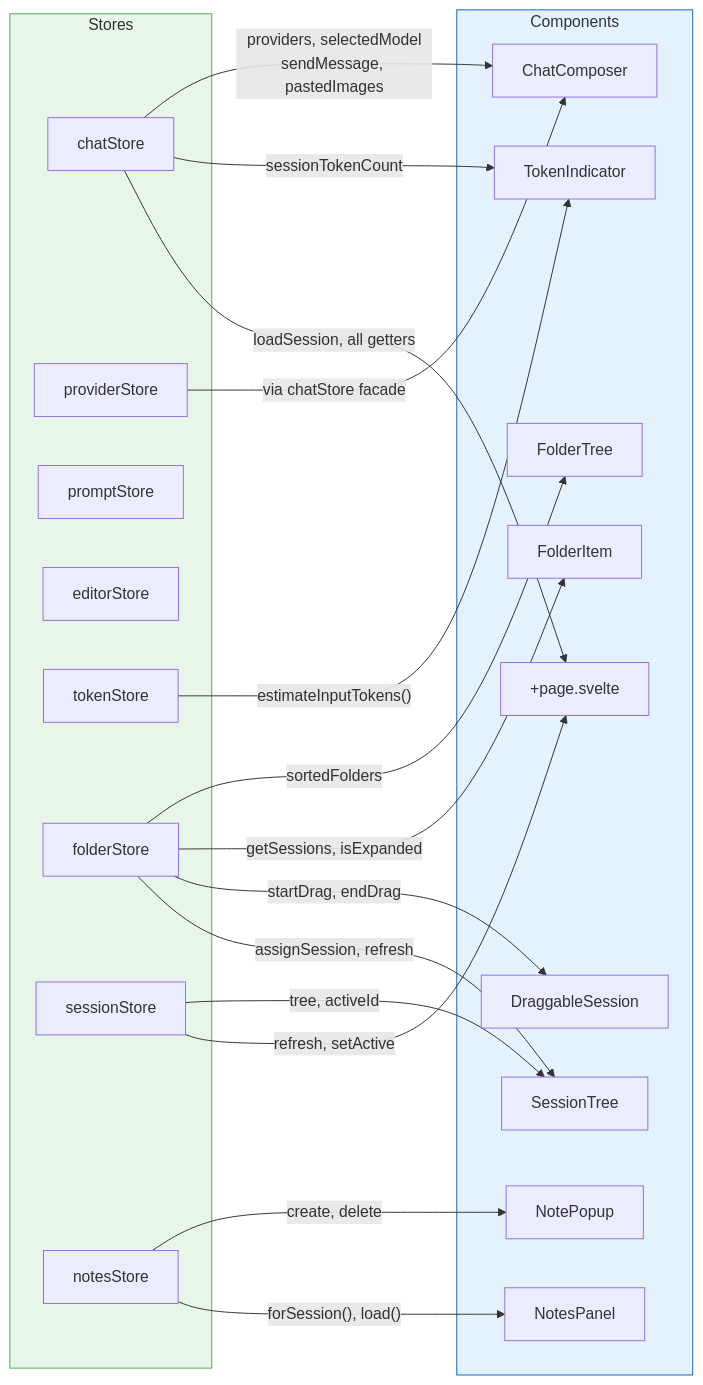
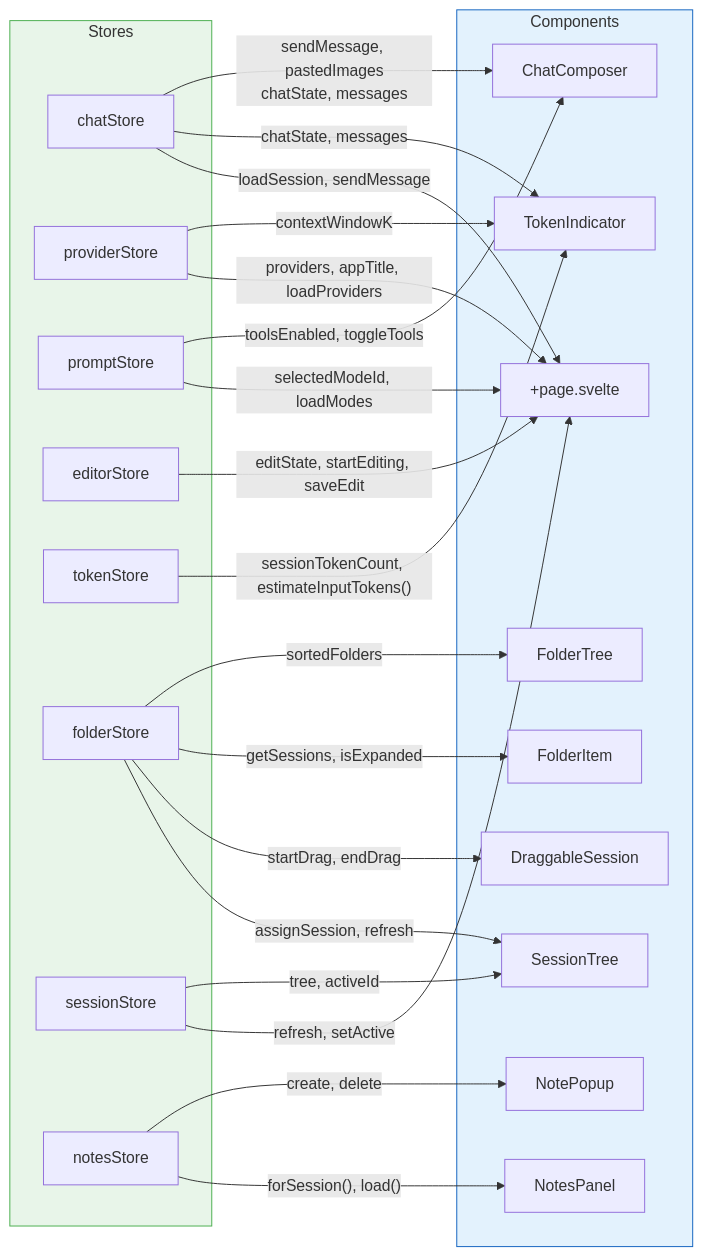
The third of 12 diagrams in kitchen-agent/docs/specs/frontend-diagrams.md (m1981/kuchnie), drawn with Mermaid before and after one commit. The commit also changed other lines of this file and 1 other file, not shown here.

First line of the commit message:
docs: mark Phase 2 complete in refactor plan and diagrams

````diff
--- a/kitchen-agent/docs/specs/frontend-diagrams.md
+++ b/kitchen-agent/docs/specs/frontend-diagrams.md
@@ -159,46 +159,49 @@
 ```mermaid
 graph LR
     subgraph Stores["Stores"]
         CS["chatStore"]
         PS["providerStore"]
         PR["promptStore"]
         ES["editorStore"]
         TS["tokenStore"]
         FS["folderStore"]
         SS["sessionStore"]
         NS["notesStore"]
     end
 
     subgraph Components["Components"]
         CP["ChatComposer"]
         TI["TokenIndicator"]
         ST["SessionTree"]
         FT["FolderTree"]
         FI["FolderItem"]
         DS["DraggableSession"]
         NP["NotePopup"]
         NPL["NotesPanel"]
         PG["+page.svelte"]
     end
 
-    CS -->|"providers, selectedModel<br/>sendMessage, pastedImages"| CP
-    CS -->|"sessionTokenCount"| TI
-    TS -->|"estimateInputTokens()"| TI
-
-    PS -->|"via chatStore facade"| CP
+    CS -->|"sendMessage, pastedImages<br/>chatState, messages"| CP
+    PR -->|"toolsEnabled, toggleTools"| CP
+    CS -->|"chatState, messages"| TI
+    TS -->|"sessionTokenCount, estimateInputTokens()"| TI
+    PS -->|"contextWindowK"| TI
 
     SS -->|"tree, activeId"| ST
     FS -->|"sortedFolders"| FT
     FS -->|"getSessions, isExpanded"| FI
     FS -->|"startDrag, endDrag"| DS
     FS -->|"assignSession, refresh"| ST
 
     NS -->|"create, delete"| NP
     NS -->|"forSession(), load()"| NPL
 
-    CS -->|"loadSession, all getters"| PG
+    CS -->|"loadSession, sendMessage"| PG
+    PS -->|"providers, appTitle, loadProviders"| PG
+    PR -->|"selectedModeId, loadModes"| PG
+    ES -->|"editState, startEditing, saveEdit"| PG
     SS -->|"refresh, setActive"| PG
 
     style Stores fill:#e8f5e9,stroke:#4CAF50
     style Components fill:#e3f2fd,stroke:#1565C0
 ```
````
